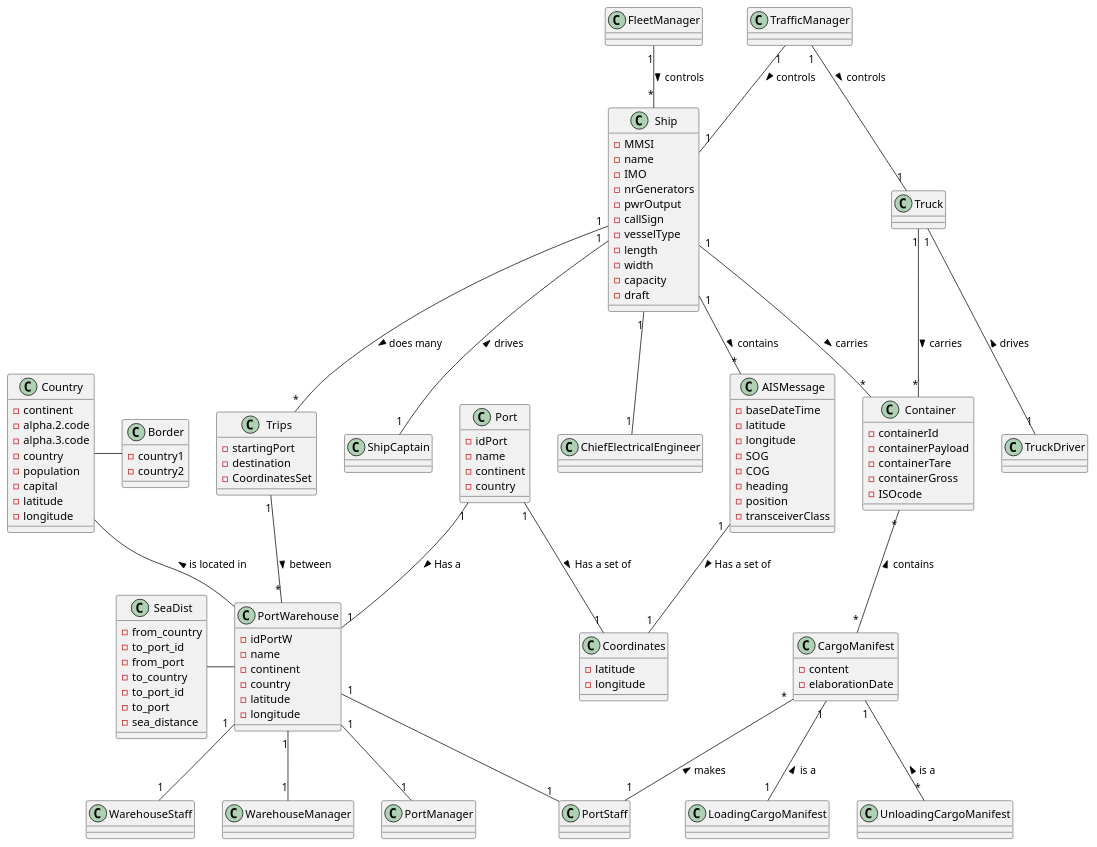
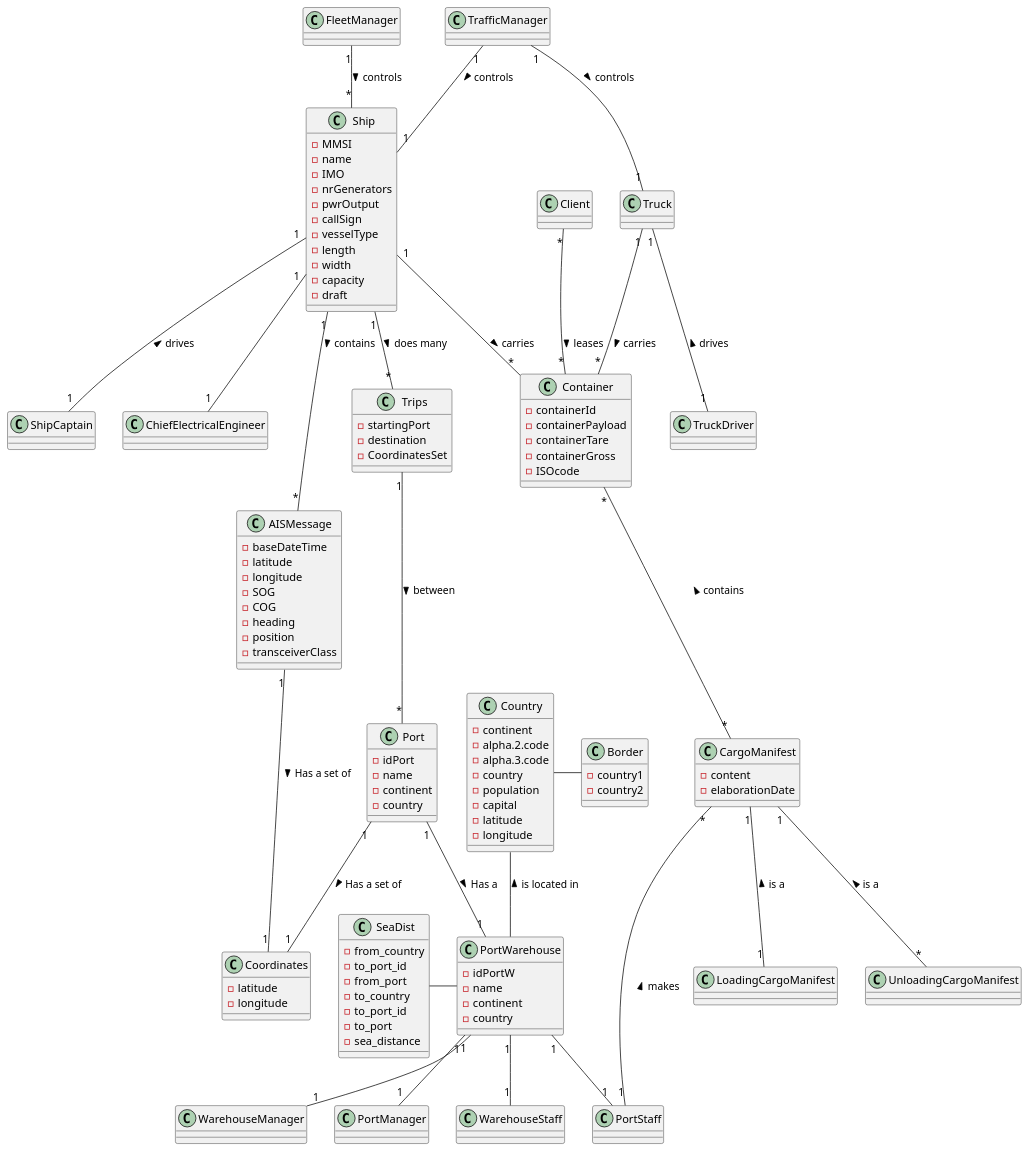
One commit to mpoboas/lapr3-2021-g102 changed the diagram in docs/Sprint3/DM.puml. Above: the diagram before and after it, drawn with PlantUML. The commit also changed 1 other file, not shown here.

```diff
--- a/docs/Sprint3/DM.puml
+++ b/docs/Sprint3/DM.puml
@@ -1,157 +1,159 @@
 @startuml
 'https://plantuml.com/class-diagram
 
 class Ship {
 -MMSI
 -name
 -IMO
 -nrGenerators
 -pwrOutput
 -callSign
 -vesselType
 -length
 -width
 -capacity
 -draft
 }
 
 class AISMessage{
 -baseDateTime
 -latitude
 -longitude
 -SOG
 -COG
 -heading
 -position
 -transceiverClass
 }
 
 class Trips{
 -startingPort
 -destination
 -CoordinatesSet
 }
 
 class Truck {
 }
 
 class Container {
 -containerId
 -containerPayload
 -containerTare
 -containerGross
 -ISOcode
 }
 
 class PortWarehouse {
 -idPortW
 -name
 -continent
 -country
--latitude
--longitude
 }
 
 class ShipCaptain {
 }
 
 class TrafficManager {
 }
 
 class FleetManager {
 }
 
 class WarehouseStaff {
 }
 
 class WarehouseManager {
 }
 
 class PortManager {
 }
 
 class PortStaff {
 }
 
 class TrafficManager {
 }
 
 class TruckDriver {
 }
 
 class ChiefElectricalEngineer {
 }
 
 class CargoManifest {
 -content
 -elaborationDate
 }
 
 class LoadingCargoManifest {
 }
 
 class UnloadingCargoManifest {
 }
 
 class Coordinates{
 -latitude
 -longitude
 }
 
 class Port {
 -idPort
 -name
 -continent
 -country
 }
 class Country{
 -continent
 -alpha.2.code
 -alpha.3.code
 -country
 -population
 -capital
 -latitude
 -longitude
 }
 class SeaDist{
 -from_country
 -to_port_id
 -from_port
 -to_country
 -to_port_id
 -to_port
 -sea_distance
 }
 
 class Border{
 -country1
 -country2
 }
 
+class Client {
+}
+
 Country - Border
 Country -- PortWarehouse: is located in <
 SeaDist - PortWarehouse
 Port "1" -- "1" Coordinates : Has a set of >
 Port "1" -- "1" PortWarehouse : Has a >
 FleetManager "1" -- "*" Ship : controls >
 TrafficManager "1" -- "1" Ship : controls >
 TrafficManager "1" -- "1" Truck : controls >
+Client "*" -- "*" Container : leases >
 Ship "1" -- "*" Container : carries >
 Ship "1" -- "*" AISMessage : contains >
 AISMessage "1" -- "1" Coordinates : Has a set of >
 Ship "1" -- "1" ShipCaptain : drives <
 Ship "1" -- "1" ChiefElectricalEngineer
-Trips "1" -- "*" PortWarehouse : between >
+Trips "1" -- "*" Port : between >
 Ship "1" -- "*" Trips : does many >
 Container "*" -- "*" CargoManifest : contains <
 Truck "1" -- "*" Container : carries >
 Truck "1" -- "1" TruckDriver : drives <
 PortWarehouse "1" -- "1" WarehouseManager
 PortWarehouse "1" -- "1" WarehouseStaff
 PortWarehouse "1" -- "1" PortManager
 PortWarehouse "1" -- "1" PortStaff
 LoadingCargoManifest "1" -u- "1" CargoManifest : is a >
 CargoManifest "*" -- "1" PortStaff : makes <
 UnloadingCargoManifest "*" -u- "1" CargoManifest : is a >
 @enduml
```
